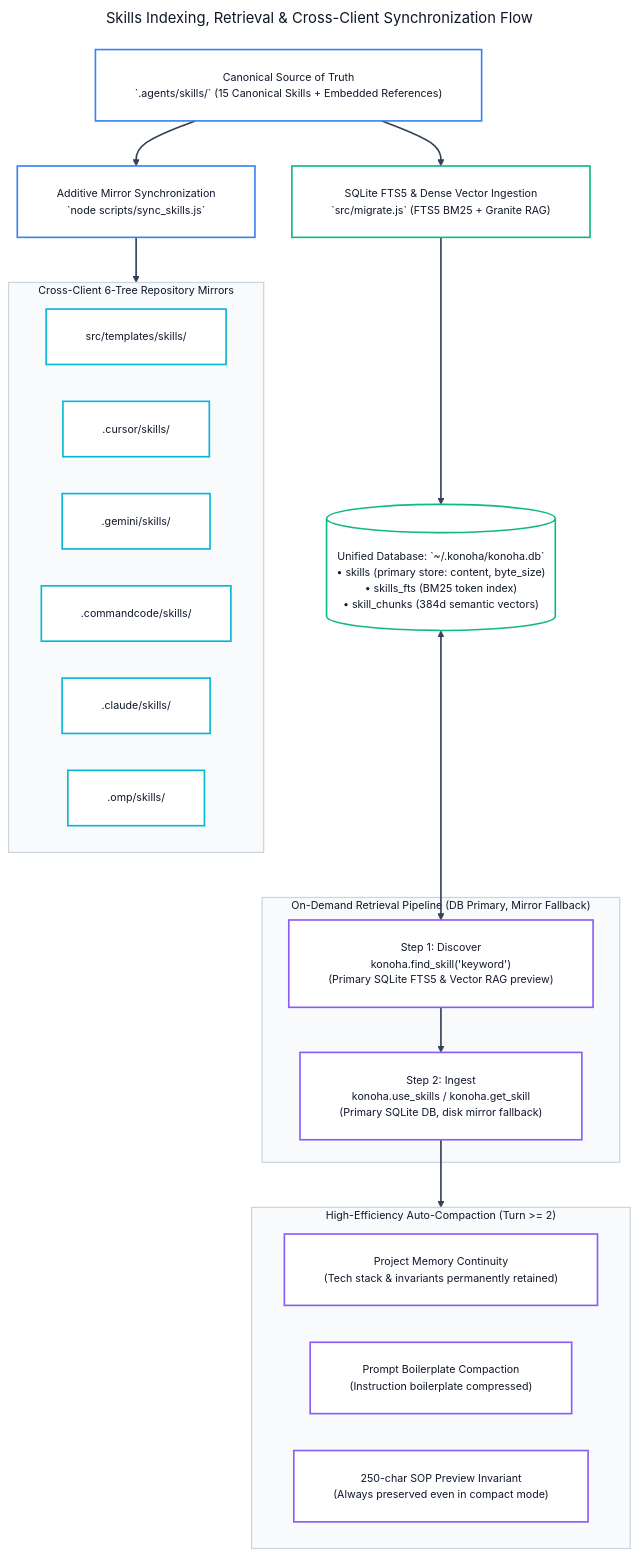
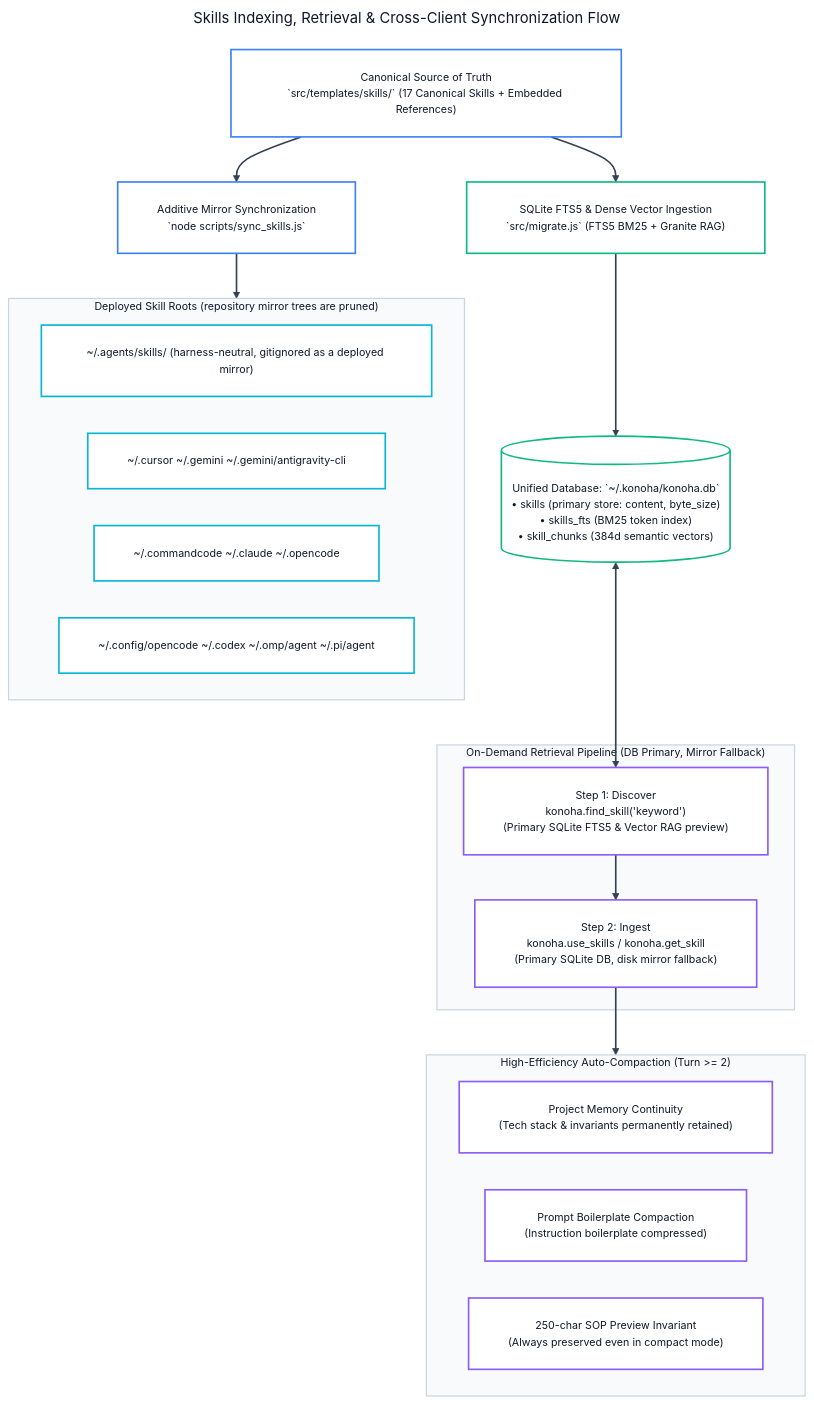
One commit to andycungkrinx91/konoha changed the eighth of 19 diagrams in docs/ALL-WORKFLOW-DIAGRAMS.md. Above: the diagram before and after it, drawn with Mermaid. The commit also changed other lines of this file and 28 other files, not shown here.

````diff
--- a/docs/ALL-WORKFLOW-DIAGRAMS.md
+++ b/docs/ALL-WORKFLOW-DIAGRAMS.md
@@ -494,72 +494,70 @@
 ```mermaid
 ---
 title: Skills Indexing, Retrieval & Cross-Client Synchronization Flow
 config:
   theme: base
   themeVariables:
     darkMode: false
     background: '#ffffff'
     mainBkg: '#ffffff'
     primaryColor: '#ffffff'
     primaryTextColor: '#0f172a'
     primaryBorderColor: '#8b5cf6'
     lineColor: '#334155'
     arrowheadColor: '#334155'
     secondaryColor: '#f8fafc'
     tertiaryColor: '#ffffff'
     fontFamily: 'Inter, system-ui, -apple-system, sans-serif'
     fontSize: '13px'
   flowchart:
     nodeSpacing: 45
     rankSpacing: 55
     padding: 24
     wrappingWidth: 380
 ---
 flowchart TB
-    SourceTree["Canonical Source of Truth<br/>`.agents/skills/` (15 Canonical Skills + Embedded References)"] --> SyncScript["Additive Mirror Synchronization<br/>`node scripts/sync_skills.js`"]
+    SourceTree["Canonical Source of Truth<br/>`src/templates/skills/` (17 Canonical Skills + Embedded References)"] --> SyncScript["Additive Mirror Synchronization<br/>`node scripts/sync_skills.js`"]
 
-    subgraph MirrorTrees ["Cross-Client 6-Tree Repository Mirrors"]
-        M1["src/templates/skills/"]
-        M2[".cursor/skills/"]
-        M3[".gemini/skills/"]
-        M4[".commandcode/skills/"]
-        M5[".claude/skills/"]
-        M6[".omp/skills/"]
+    subgraph MirrorTrees ["Deployed Skill Roots (repository mirror trees are pruned)"]
+        M1["~/.agents/skills/ (harness-neutral, gitignored as a deployed mirror)"]
+        M2["~/.cursor  ~/.gemini  ~/.gemini/antigravity-cli"]
+        M3["~/.commandcode  ~/.claude  ~/.opencode"]
+        M4["~/.config/opencode  ~/.codex  ~/.omp/agent  ~/.pi/agent"]
     end
 
     SyncScript --> MirrorTrees
 
     SourceTree --> FTS5Migrate["SQLite FTS5 & Dense Vector Ingestion<br/>`src/migrate.js` (FTS5 BM25 + Granite RAG)"]
     FTS5Migrate --> SQLiteDB[("Unified Database: `~/.konoha/konoha.db`<br/>• skills (primary store: content, byte_size)<br/>• skills_fts (BM25 token index)<br/>• skill_chunks (384d semantic vectors)")]
 
     subgraph ClientQueries ["On-Demand Retrieval Pipeline (DB Primary, Mirror Fallback)"]
         Find["Step 1: Discover<br/>konoha.find_skill('keyword')<br/>(Primary SQLite FTS5 &amp; Vector RAG preview)"]
         Load["Step 2: Ingest<br/>konoha.use_skills / konoha.get_skill<br/>(Primary SQLite DB, disk mirror fallback)"]
     end
 
     SQLiteDB <--> Find
     Find --> Load
 
     subgraph AutoCompaction ["High-Efficiency Auto-Compaction (Turn >= 2)"]
         AC1["Project Memory Continuity<br/>(Tech stack &amp; invariants permanently retained)"]
         AC2["Prompt Boilerplate Compaction<br/>(Instruction boilerplate compressed)"]
         AC3["250-char SOP Preview Invariant<br/>(Always preserved even in compact mode)"]
     end
 
     Load --> AutoCompaction
 
     linkStyle default stroke:#334155,stroke-width:2px;
     style MirrorTrees fill:#f8fafc,stroke:#cbd5e1,stroke-width:1.5px,color:#0f172a;
     style ClientQueries fill:#f8fafc,stroke:#cbd5e1,stroke-width:1.5px,color:#0f172a;
     style AutoCompaction fill:#f8fafc,stroke:#cbd5e1,stroke-width:1.5px,color:#0f172a;
 
     classDef sourceNode fill:#ffffff,stroke:#3b82f6,color:#0f172a,stroke-width:2px;
     classDef mirrorNode fill:#ffffff,stroke:#06b6d4,color:#0f172a,stroke-width:2px;
     classDef dbNode fill:#ffffff,stroke:#10b981,color:#0f172a,stroke-width:2px;
     classDef queryNode fill:#ffffff,stroke:#8b5cf6,color:#0f172a,stroke-width:2px;
 
     class SourceTree,SyncScript sourceNode;
-    class M1,M2,M3,M4,M5,M6 mirrorNode;
+    class M1,M2,M3,M4 mirrorNode;
     class FTS5Migrate,SQLiteDB dbNode;
     class Find,Load,AC1,AC2,AC3 queryNode;
 ```
````
